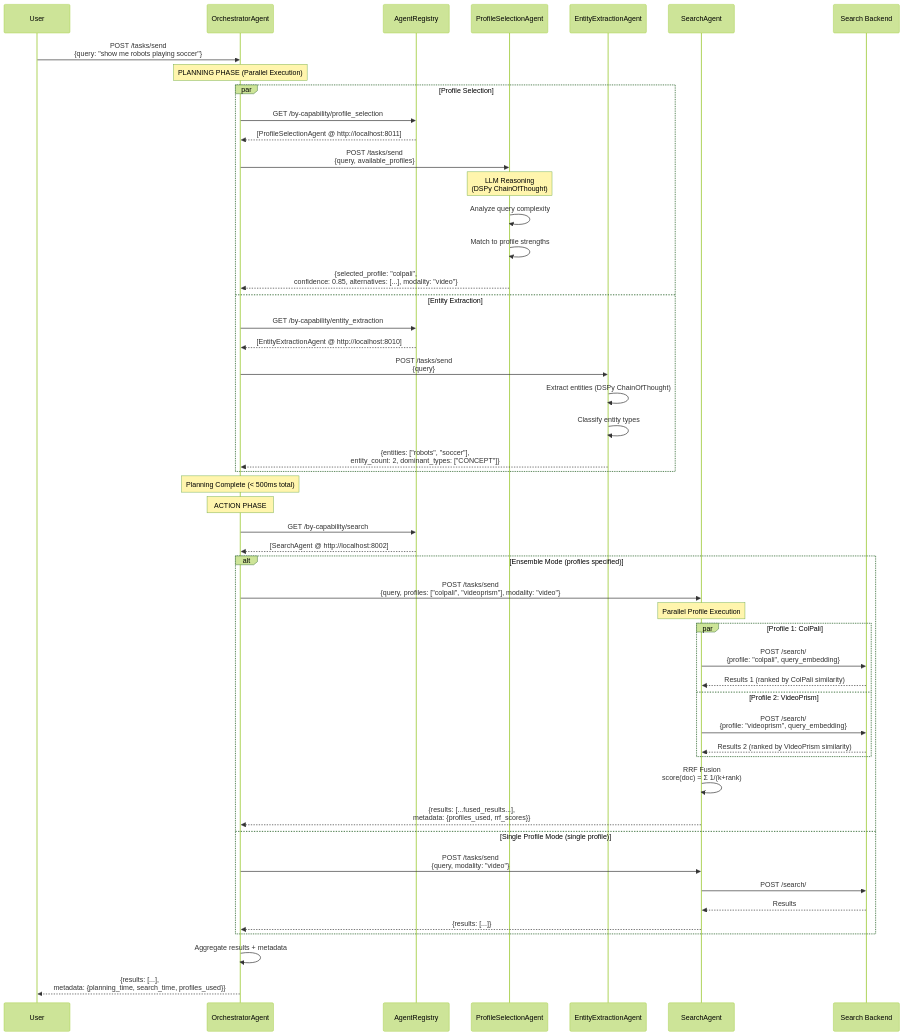
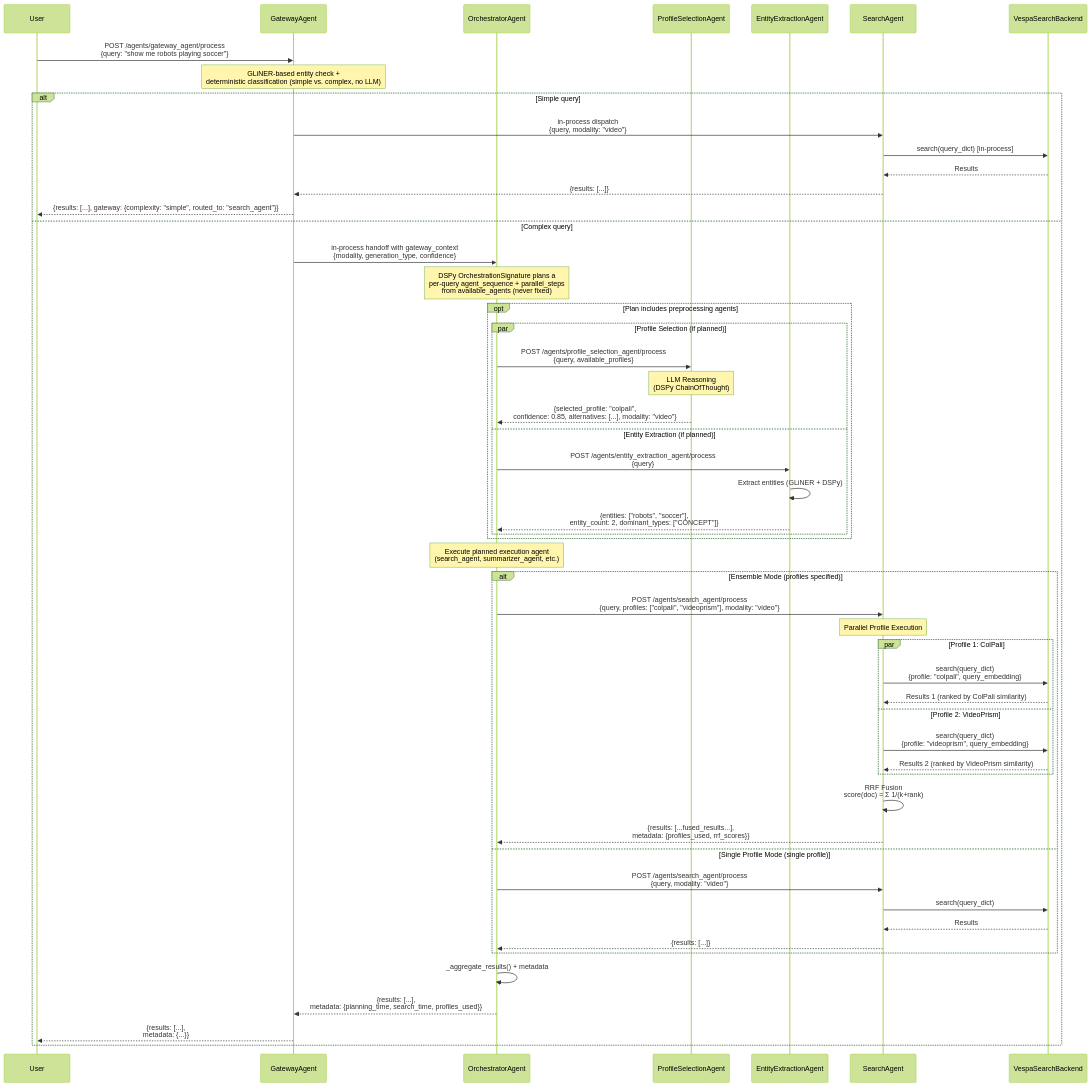
Before and after one commit to amit-jain/cogniverse: the second of 8 diagrams in docs/architecture/multi-agent-interactions.md, drawn with Mermaid (forest theme). The commit also changed other lines of this file and 119 other files, not shown here.

````diff
--- a/docs/architecture/multi-agent-interactions.md
+++ b/docs/architecture/multi-agent-interactions.md
@@ -108,64 +163,65 @@
 ```mermaid
 sequenceDiagram
     participant User
+    participant Gateway as GatewayAgent
     participant Orch as OrchestratorAgent
-    participant Registry as AgentRegistry
     participant Prof as ProfileSelectionAgent
     participant Entity as EntityExtractionAgent
     participant Search as SearchAgent
-    participant Backend as Search Backend
+    participant Backend as VespaSearchBackend
 
-    User->>Orch: POST /tasks/send<br/>{query: "show me robots playing soccer"}
+    User->>Gateway: POST /agents/gateway_agent/process<br/>{query: "show me robots playing soccer"}
 
-    Note over Orch: PLANNING PHASE (Parallel Execution)
+    Note over Gateway: GLiNER-based entity check +<br/>deterministic classification (simple vs. complex, no LLM)
 
-    par Profile Selection
-        Orch->>Registry: GET /by-capability/profile_selection
-        Registry-->>Orch: [ProfileSelectionAgent @ http://localhost:8011]
+    alt Simple query
+        Gateway->>Search: in-process dispatch<br/>{query, modality: "video"}
+        Search->>Backend: search(query_dict) [in-process]
+        Backend-->>Search: Results
+        Search-->>Gateway: {results: [...]}
+        Gateway-->>User: {results: [...], gateway: {complexity: "simple", routed_to: "search_agent"}}
+    else Complex query
+        Gateway->>Orch: in-process handoff with gateway_context<br/>{modality, generation_type, confidence}
 
-        Orch->>Prof: POST /tasks/send<br/>{query, available_profiles}
-        Note over Prof: LLM Reasoning<br/>(DSPy ChainOfThought)
-        Prof->>Prof: Analyze query complexity
-        Prof->>Prof: Match to profile strengths
-        Prof-->>Orch: {selected_profile: "colpali",<br/>confidence: 0.85, alternatives: [...], modality: "video"}
-    and Entity Extraction
-        Orch->>Registry: GET /by-capability/entity_extraction
-        Registry-->>Orch: [EntityExtractionAgent @ http://localhost:8010]
+        Note over Orch: DSPy OrchestrationSignature plans a<br/>per-query agent_sequence + parallel_steps<br/>from available_agents (never fixed)
 
-        Orch->>Entity: POST /tasks/send<br/>{query}
-        Entity->>Entity: Extract entities (DSPy ChainOfThought)
-        Entity->>Entity: Classify entity types
-        Entity-->>Orch: {entities: ["robots", "soccer"],<br/>entity_count: 2, dominant_types: ["CONCEPT"]}
-    end
-
-    Note over Orch: Planning Complete (< 500ms total)
-
-    Note over Orch: ACTION PHASE
-
-    Orch->>Registry: GET /by-capability/search
-    Registry-->>Orch: [SearchAgent @ http://localhost:8002]
-
-    alt Ensemble Mode (profiles specified)
-        Orch->>Search: POST /tasks/send<br/>{query, profiles: ["colpali", "videoprism"], modality: "video"}
-
-        Note over Search: Parallel Profile Execution
-        par Profile 1: ColPali
-            Search->>Backend: POST /search/<br/>{profile: "colpali", query_embedding}
-            Backend-->>Search: Results 1 (ranked by ColPali similarity)
-        and Profile 2: VideoPrism
-            Search->>Backend: POST /search/<br/>{profile: "videoprism", query_embedding}
-            Backend-->>Search: Results 2 (ranked by VideoPrism similarity)
+        opt Plan includes preprocessing agents
+            par Profile Selection (if planned)
+                Orch->>Prof: POST /agents/profile_selection_agent/process<br/>{query, available_profiles}
+                Note over Prof: LLM Reasoning<br/>(DSPy ChainOfThought)
+                Prof-->>Orch: {selected_profile: "colpali",<br/>confidence: 0.85, alternatives: [...], modality: "video"}
+            and Entity Extraction (if planned)
+                Orch->>Entity: POST /agents/entity_extraction_agent/process<br/>{query}
+                Entity->>Entity: Extract entities (GLiNER + DSPy)
+                Entity-->>Orch: {entities: ["robots", "soccer"],<br/>entity_count: 2, dominant_types: ["CONCEPT"]}
+            end
         end
 
-        Search->>Search: RRF Fusion<br/>score(doc) = Σ 1/(k+rank)
-        Search-->>Orch: {results: [...fused_results...],<br/>metadata: {profiles_used, rrf_scores}}
-    else Single Profile Mode (single profile)
-        Orch->>Search: POST /tasks/send<br/>{query, modality: "video"}
-        Search->>Backend: POST /search/
-        Backend-->>Search: Results
-        Search-->>Orch: {results: [...]}
+        Note over Orch: Execute planned execution agent<br/>(search_agent, summarizer_agent, etc.)
+
+        alt Ensemble Mode (profiles specified)
+            Orch->>Search: POST /agents/search_agent/process<br/>{query, profiles: ["colpali", "videoprism"], modality: "video"}
+
+            Note over Search: Parallel Profile Execution
+            par Profile 1: ColPali
+                Search->>Backend: search(query_dict)<br/>{profile: "colpali", query_embedding}
+                Backend-->>Search: Results 1 (ranked by ColPali similarity)
+            and Profile 2: VideoPrism
+                Search->>Backend: search(query_dict)<br/>{profile: "videoprism", query_embedding}
+                Backend-->>Search: Results 2 (ranked by VideoPrism similarity)
+            end
+
+            Search->>Search: RRF Fusion<br/>score(doc) = Σ 1/(k+rank)
+            Search-->>Orch: {results: [...fused_results...],<br/>metadata: {profiles_used, rrf_scores}}
+        else Single Profile Mode (single profile)
+            Orch->>Search: POST /agents/search_agent/process<br/>{query, modality: "video"}
+            Search->>Backend: search(query_dict)
+            Backend-->>Search: Results
+            Search-->>Orch: {results: [...]}
+        end
+
+        Orch->>Orch: _aggregate_results() + metadata
+        Orch-->>Gateway: {results: [...],<br/>metadata: {planning_time, search_time, profiles_used}}
+        Gateway-->>User: {results: [...],<br/>metadata: {...}}
     end
-
-    Orch->>Orch: Aggregate results + metadata
-    Orch-->>User: {results: [...],<br/>metadata: {planning_time, search_time, profiles_used}}
 ```
````
